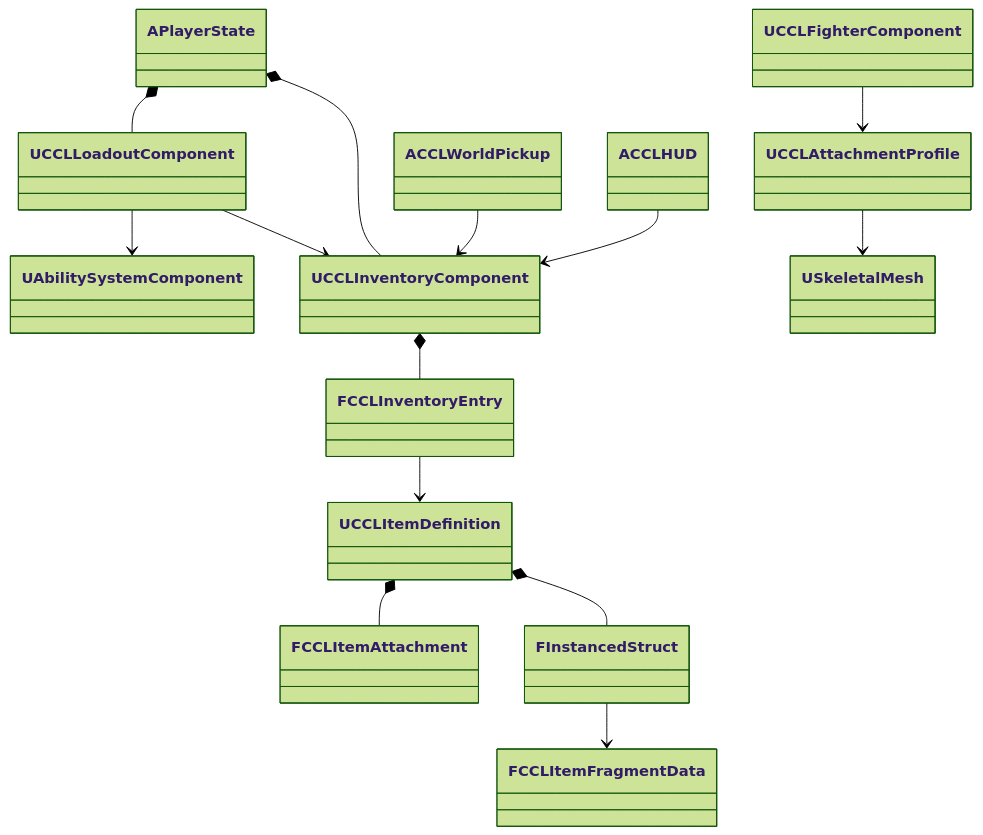
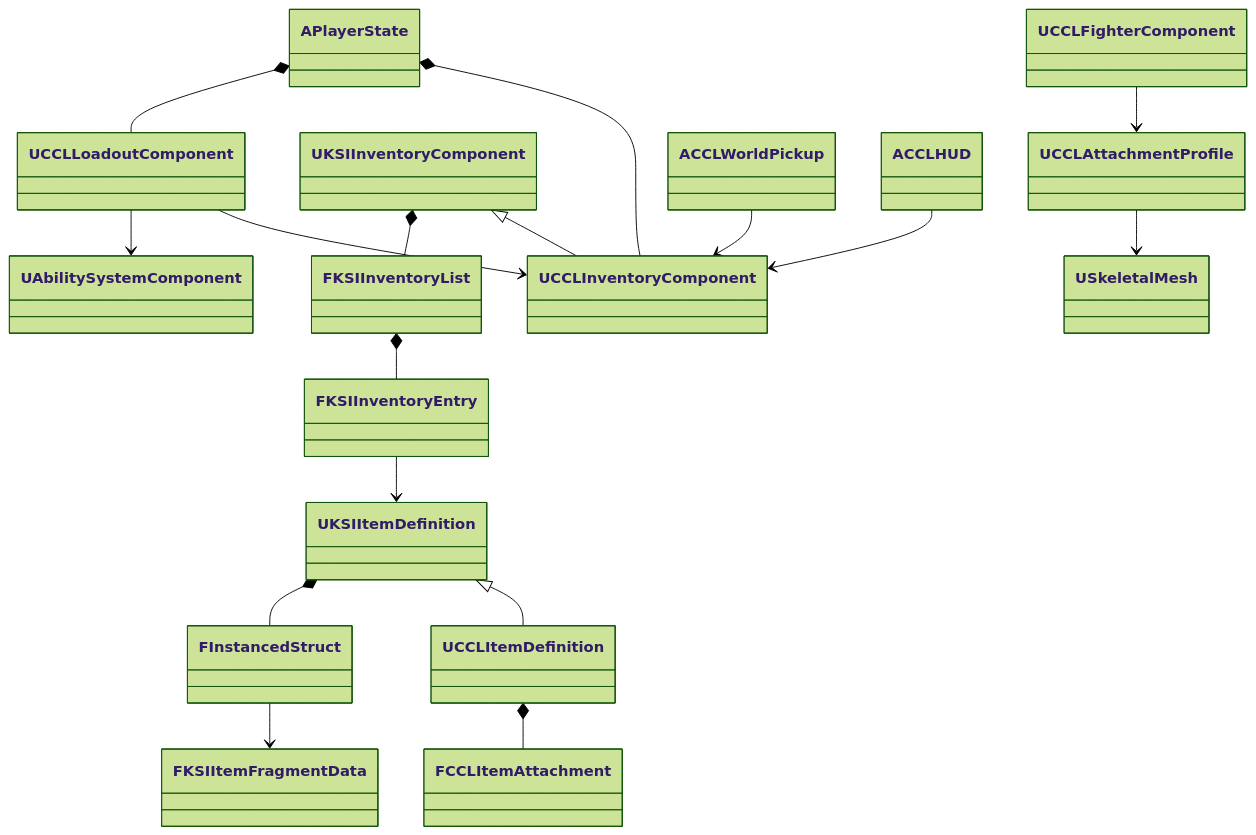
Before and after one commit to kang-sihwon/ccl8: the diagram in Docs/ProgressionFoundation.md, drawn with Mermaid (forest theme). The commit also changed other lines of this file and 4 other files, not shown here.

````diff
--- a/Docs/ProgressionFoundation.md
+++ b/Docs/ProgressionFoundation.md
@@ -81,16 +81,19 @@
 ```mermaid
 classDiagram
     APlayerState *-- UCCLInventoryComponent
     APlayerState *-- UCCLLoadoutComponent
-    UCCLInventoryComponent *-- FCCLInventoryEntry
-    FCCLInventoryEntry --> UCCLItemDefinition
-    UCCLItemDefinition *-- FInstancedStruct
-    FInstancedStruct --> FCCLItemFragmentData
+    UKSIInventoryComponent <|-- UCCLInventoryComponent
+    UKSIItemDefinition <|-- UCCLItemDefinition
+    UKSIInventoryComponent *-- FKSIInventoryList
+    FKSIInventoryList *-- FKSIInventoryEntry
+    FKSIInventoryEntry --> UKSIItemDefinition
+    UKSIItemDefinition *-- FInstancedStruct
+    FInstancedStruct --> FKSIItemFragmentData
     UCCLLoadoutComponent --> UCCLInventoryComponent
     UCCLLoadoutComponent --> UAbilitySystemComponent
     UCCLFighterComponent --> UCCLAttachmentProfile
     UCCLAttachmentProfile --> USkeletalMesh
     UCCLItemDefinition *-- FCCLItemAttachment
     ACCLWorldPickup --> UCCLInventoryComponent
     ACCLHUD --> UCCLInventoryComponent
 ```
````
